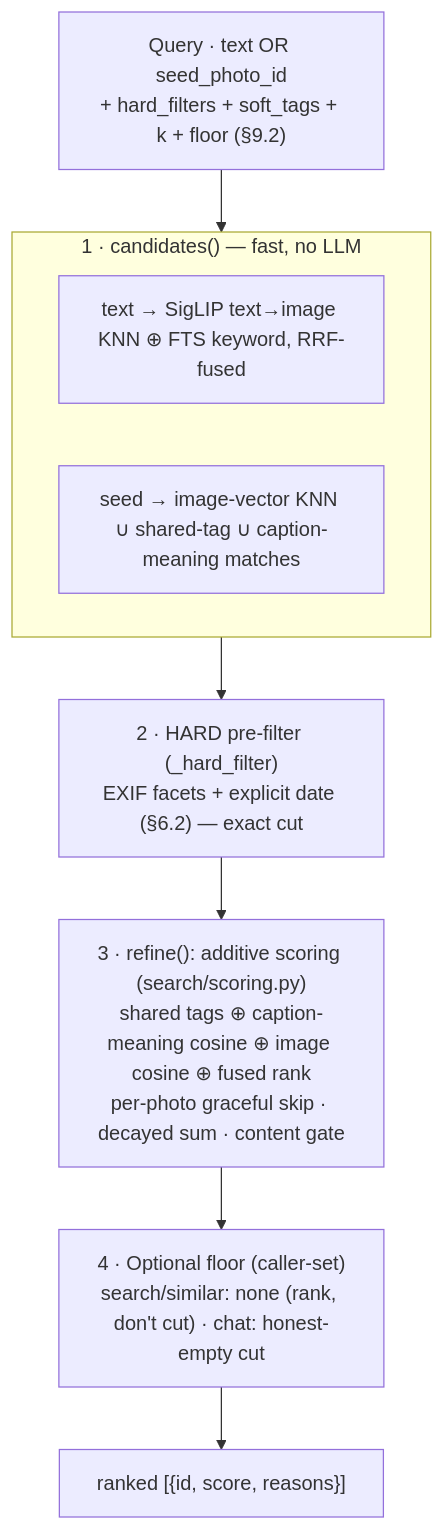
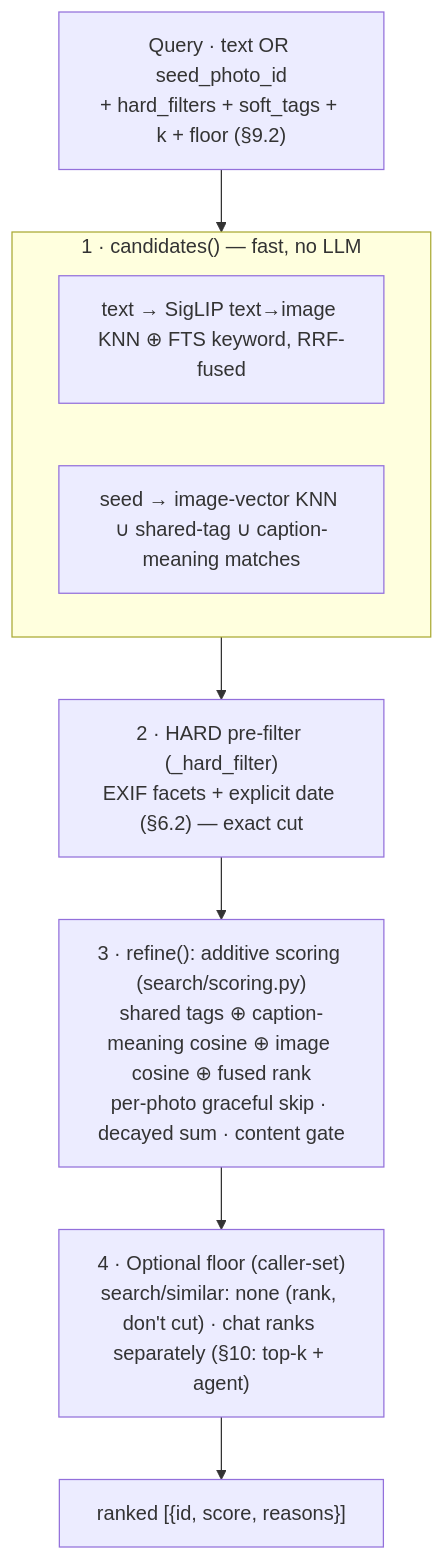
The second of 6 diagrams in docs/design.md (sadensmol/ivms777), drawn with Mermaid before and after one commit. The commit also changed other lines of this file and 82 other files, not shown here.

````diff
--- a/docs/design.md
+++ b/docs/design.md
@@ -942,14 +1139,14 @@
 ```mermaid
 flowchart TB
     q["Query · text OR seed_photo_id<br/>+ hard_filters + soft_tags + k + floor (§9.2)"] --> gen
 
     subgraph gen["1 · candidates() — fast, no LLM"]
         t["text → SigLIP text→image KNN ⊕ FTS keyword, RRF-fused"]
         s["seed → image-vector KNN ∪ shared-tag ∪ caption-meaning matches"]
     end
 
     gen --> hard["2 · HARD pre-filter (_hard_filter)<br/>EXIF facets + explicit date (§6.2) — exact cut"]
     hard --> score["3 · refine(): additive scoring (search/scoring.py)<br/>shared tags ⊕ caption-meaning cosine ⊕ image cosine ⊕ fused rank<br/>per-photo graceful skip · decayed sum · content gate"]
-    score --> floorstep["4 · Optional floor (caller-set)<br/>search/similar: none (rank, don't cut) · chat: honest-empty cut"]
+    score --> floorstep["4 · Optional floor (caller-set)<br/>search/similar: none (rank, don't cut) · chat ranks separately (§10: top-k + agent)"]
     floorstep --> out["ranked [{id, score, reasons}]"]
 ```
````
